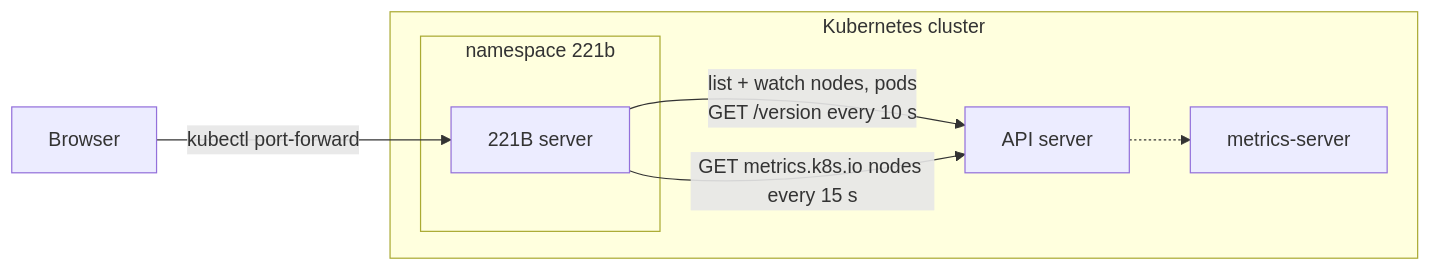
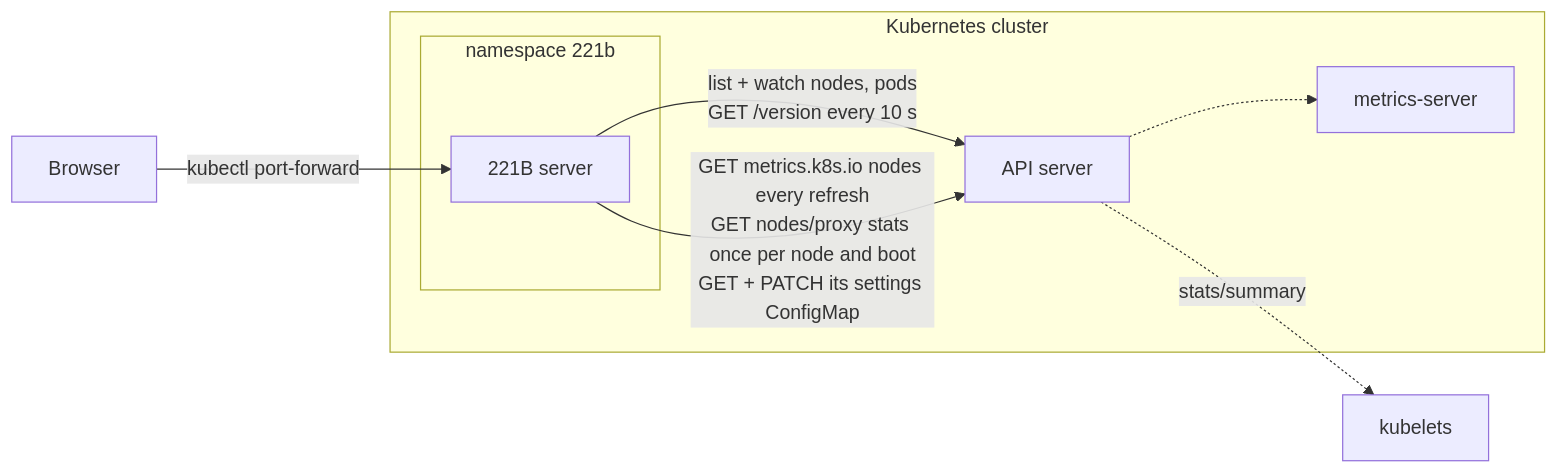
One commit to ucesys/221b changed the first of 2 diagrams in docs/architecture.md. Above: the diagram before and after it, drawn with Mermaid. The commit also changed other lines of this file and 59 other files, not shown here.

````diff
--- a/docs/architecture.md
+++ b/docs/architecture.md
@@ -11,14 +11,15 @@
 ```mermaid
 flowchart LR
   subgraph cluster[Kubernetes cluster]
     api[API server]
     ms[metrics-server]
     subgraph ns[namespace 221b]
       srv[221B server]
     end
   end
   browser[Browser] -- "kubectl port-forward" --> srv
   srv -- "list + watch nodes, pods\nGET /version every 10 s" --> api
-  srv -- "GET metrics.k8s.io nodes every 15 s" --> api
+  srv -- "GET metrics.k8s.io nodes every refresh\nGET nodes/proxy stats once per node and boot\nGET + PATCH its settings ConfigMap" --> api
   api -.-> ms
+  api -. "stats/summary" .-> kubelets[kubelets]
 ```
````
